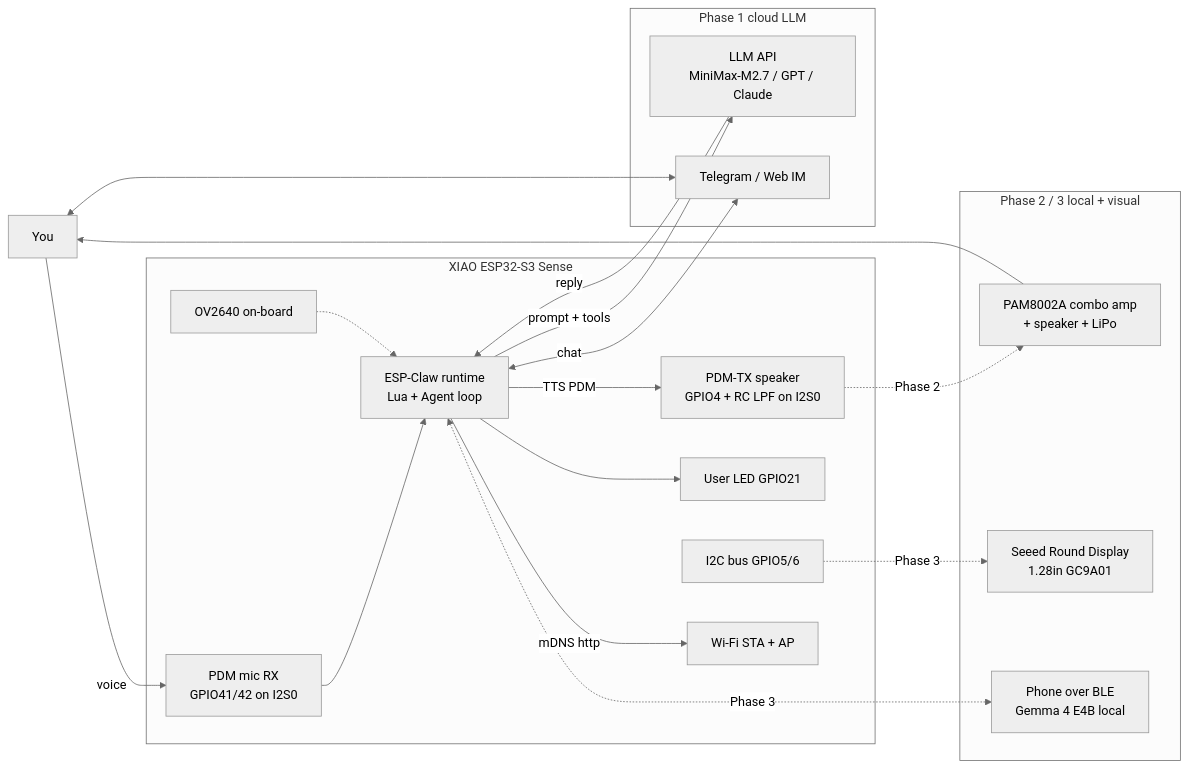
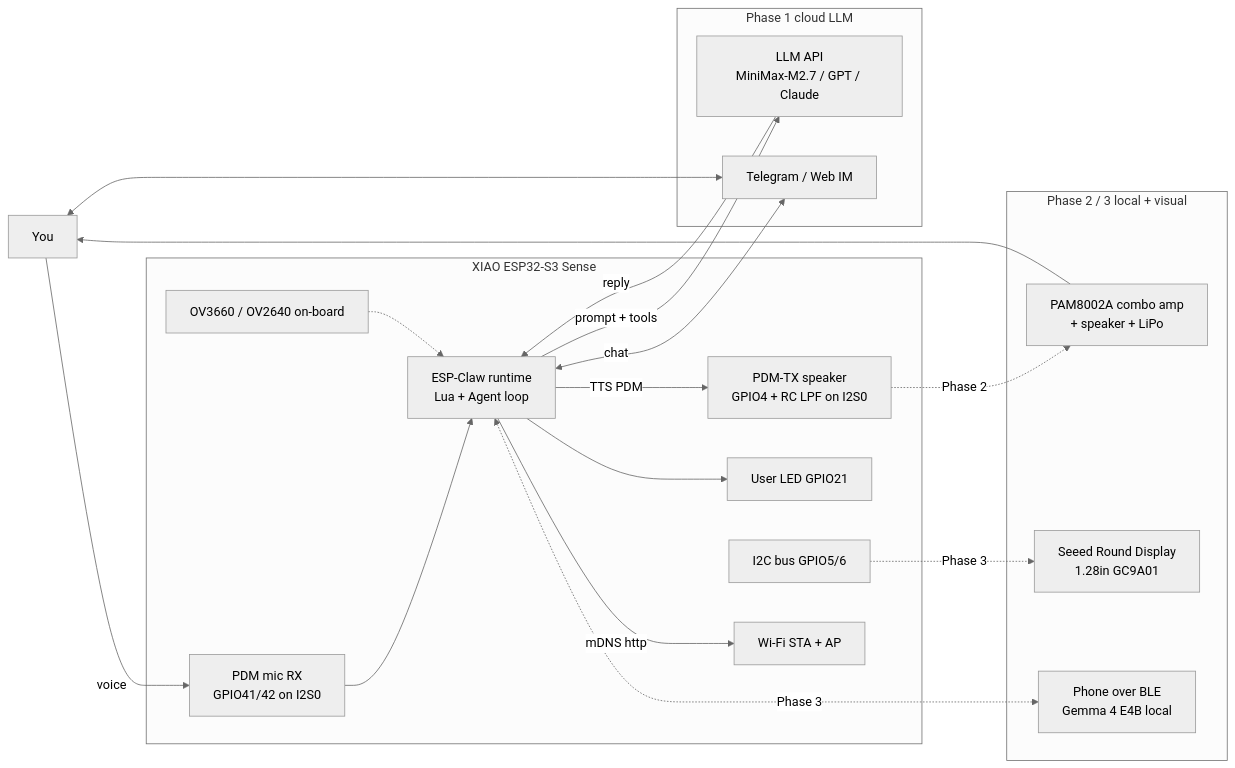
Before and after one commit to PascalAI2024/JarvisNano: the first of 2 diagrams in README.md, drawn with Mermaid (neutral theme). The commit also changed other lines of this file and 3 other files, not shown here.

````diff
--- a/README.md
+++ b/README.md
@@ -53,40 +54,40 @@
 ```mermaid
 flowchart LR
     U[You]
 
     subgraph XIAO[XIAO ESP32-S3 Sense]
         MIC[PDM mic RX<br/>GPIO41/42 on I2S0]
         I2S[PDM-TX speaker<br/>GPIO4 + RC LPF on I2S0]
         LED[User LED GPIO21]
-        CAM[OV2640 on-board]
+        CAM[OV3660 / OV2640 on-board]
         I2C[I2C bus GPIO5/6]
         CORE[ESP-Claw runtime<br/>Lua + Agent loop]
         WIFI[Wi-Fi STA + AP]
     end
 
     subgraph Cloud[Phase 1 cloud LLM]
         LLM[LLM API<br/>MiniMax-M2.7 / GPT / Claude]
         IM[Telegram / Web IM]
     end
 
     subgraph Future[Phase 2 / 3 local + visual]
         AMP[PAM8002A combo amp<br/>+ speaker + LiPo]
         SCR[Seeed Round Display<br/>1.28in GC9A01]
         BLE[Phone over BLE<br/>Gemma 4 E4B local]
     end
 
     U -->|voice| MIC
     MIC --> CORE
     CORE --> LED
     CORE -->|prompt + tools| LLM
     LLM -->|reply| CORE
     CORE -->|TTS PDM| I2S
     I2S -.->|Phase 2| AMP
     AMP --> U
     CORE <-->|chat| IM
     IM <--> U
     CORE -->|mDNS http| WIFI
     I2C -.->|Phase 3| SCR
     CORE <-.->|Phase 3| BLE
     CAM -.-> CORE
 ```
````
